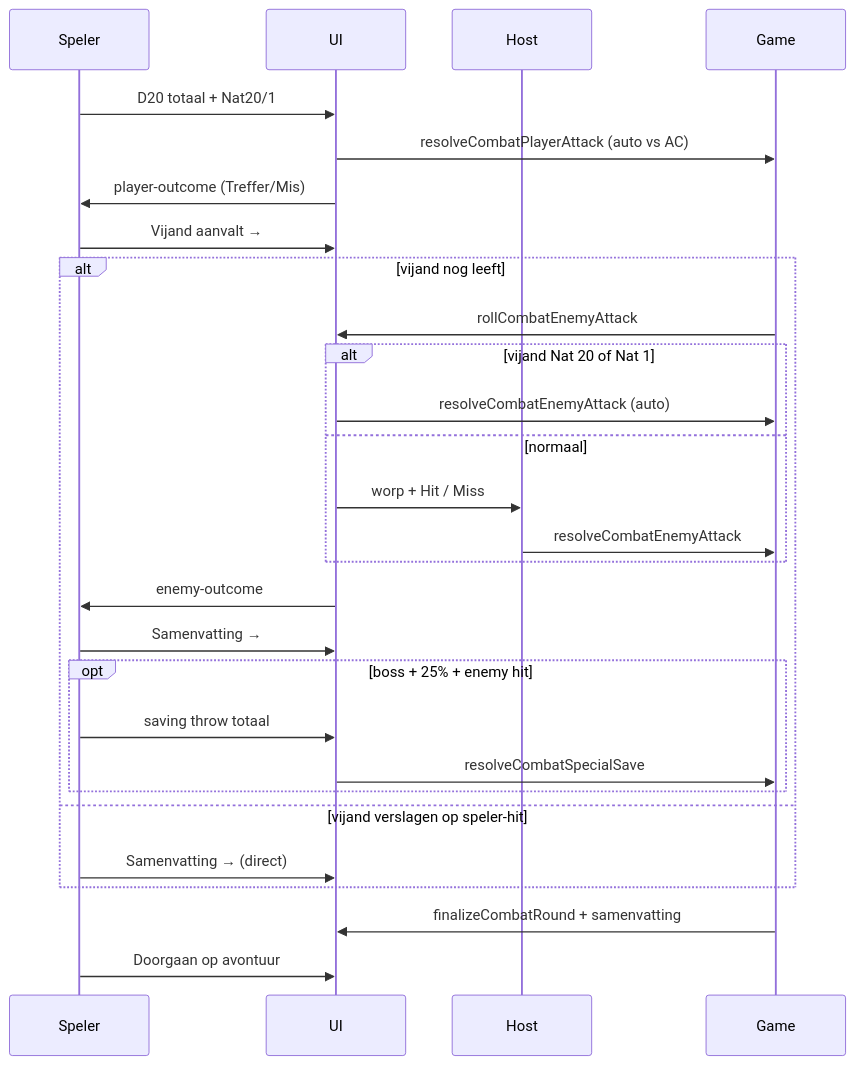
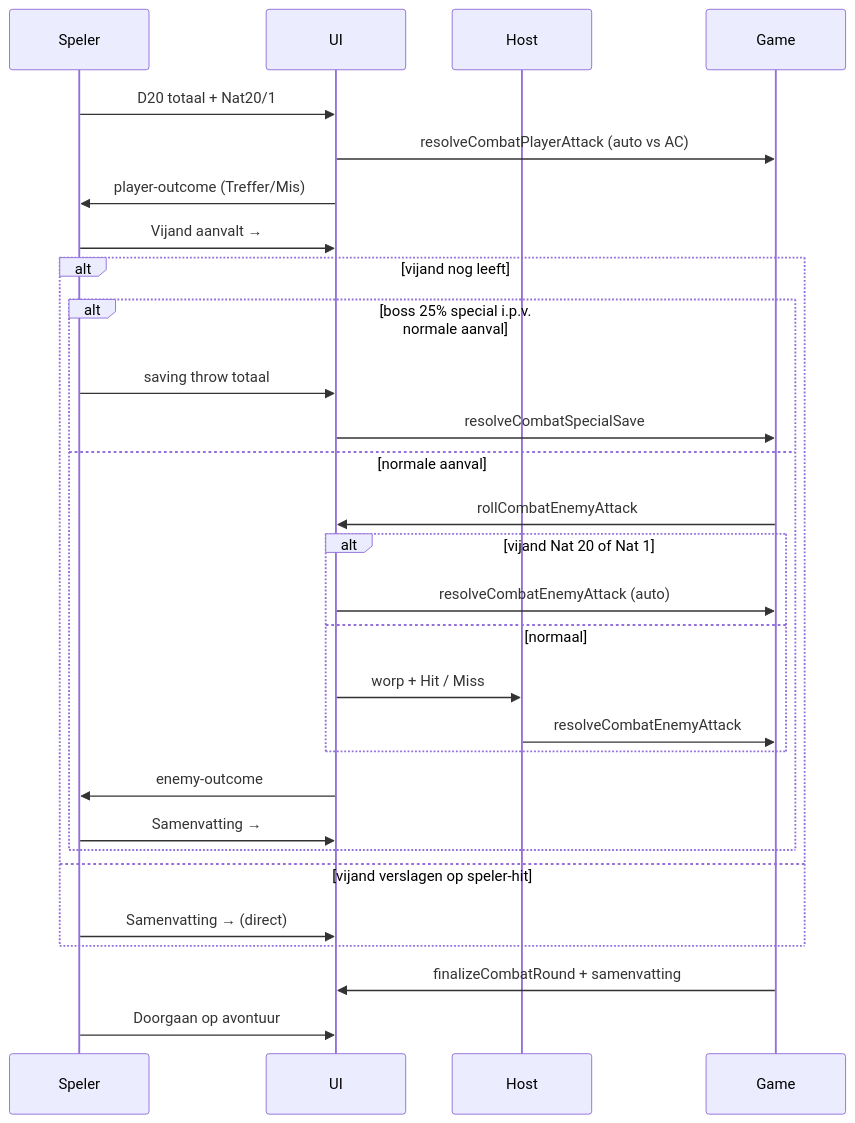
One commit to V3xillum/dnd-board changed the diagram in MD/sessie-10-attack-roll-combat.md. Above: the diagram before and after it, drawn with Mermaid. The commit also changed other lines of this file and 13 other files, not shown here.

````diff
--- a/MD/sessie-10-attack-roll-combat.md
+++ b/MD/sessie-10-attack-roll-combat.md
@@ -93,31 +94,32 @@
 ```mermaid
 sequenceDiagram
   participant Speler
   participant UI
   participant Host
   participant Game
 
   Speler->>UI: D20 totaal + Nat20/1
   UI->>Game: resolveCombatPlayerAttack (auto vs AC)
   UI->>Speler: player-outcome (Treffer/Mis)
   Speler->>UI: Vijand aanvalt →
   alt vijand nog leeft
-    Game->>UI: rollCombatEnemyAttack
-    alt vijand Nat 20 of Nat 1
-      UI->>Game: resolveCombatEnemyAttack (auto)
-    else normaal
-      UI->>Host: worp + Hit / Miss
-      Host->>Game: resolveCombatEnemyAttack
-    end
-    UI->>Speler: enemy-outcome
-    Speler->>UI: Samenvatting →
-    opt boss + 25% + enemy hit
+    alt boss 25% special i.p.v. normale aanval
       Speler->>UI: saving throw totaal
       UI->>Game: resolveCombatSpecialSave
+    else normale aanval
+      Game->>UI: rollCombatEnemyAttack
+      alt vijand Nat 20 of Nat 1
+        UI->>Game: resolveCombatEnemyAttack (auto)
+      else normaal
+        UI->>Host: worp + Hit / Miss
+        Host->>Game: resolveCombatEnemyAttack
+      end
+      UI->>Speler: enemy-outcome
+      Speler->>UI: Samenvatting →
     end
   else vijand verslagen op speler-hit
     Speler->>UI: Samenvatting → (direct)
   end
   Game->>UI: finalizeCombatRound + samenvatting
   Speler->>UI: Doorgaan op avontuur
 ```
````
